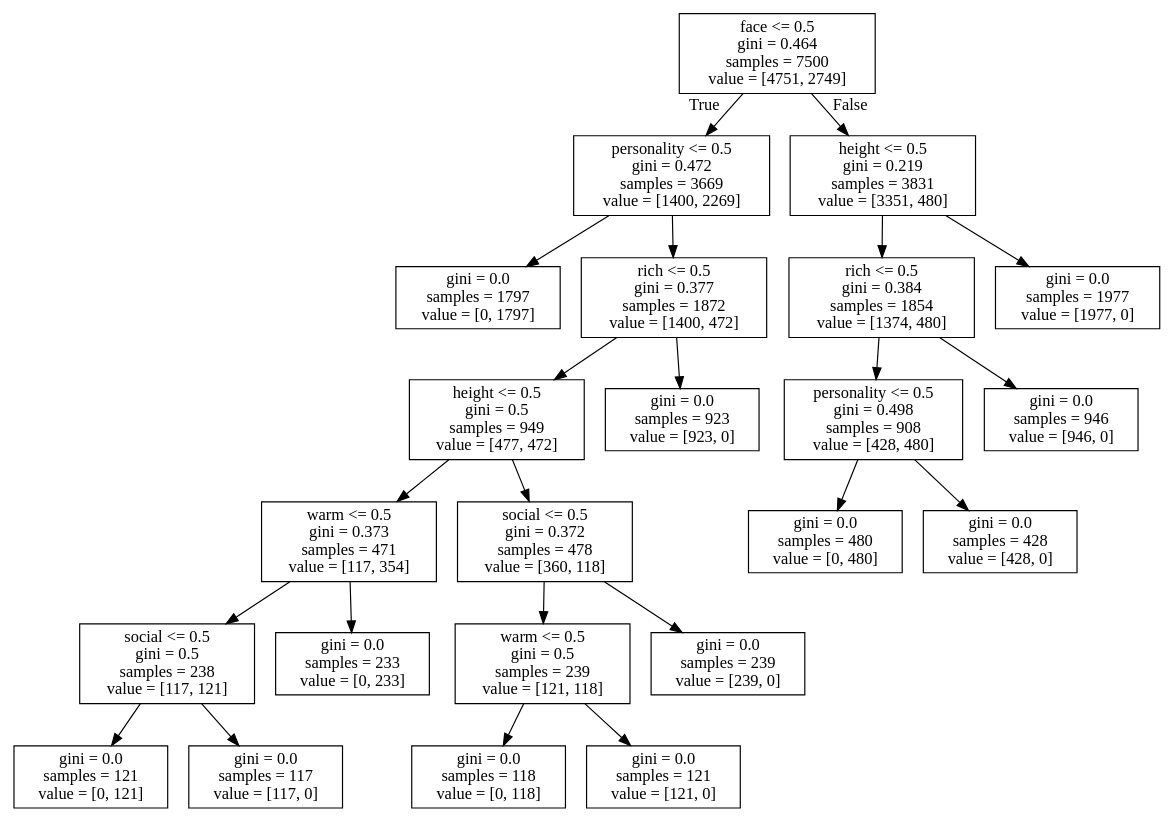
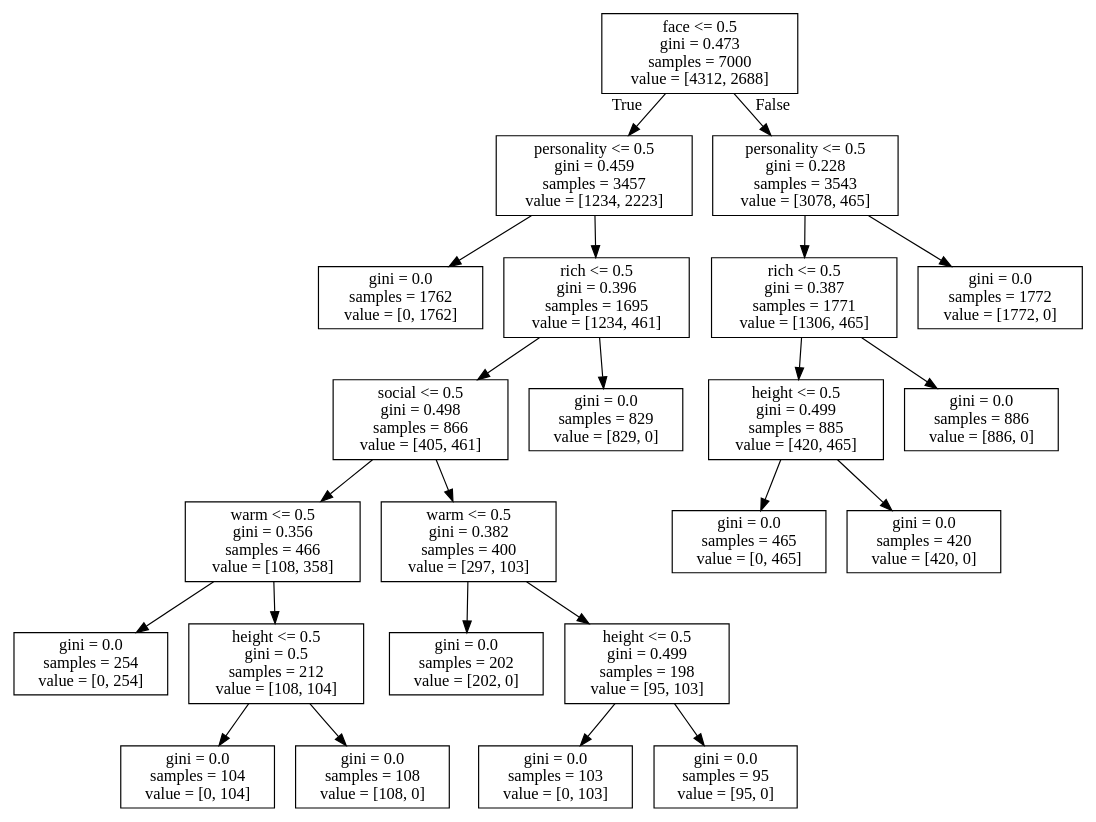
One commit to ElektrischesSchaf/Data_Mining_2019_Projects changed the diagram in Decision_Tree/models/decision_tree_depth6.dot. Above: the diagram before and after it, drawn with Graphviz. The commit also changed 6 other files, not shown here.

```diff
--- a/Decision_Tree/models/decision_tree_depth6.dot
+++ b/Decision_Tree/models/decision_tree_depth6.dot
@@ -1,48 +1,48 @@
 digraph Tree {
 node [shape=box] ;
-0 [label="face <= 0.5\ngini = 0.464\nsamples = 7500\nvalue = [4751, 2749]"] ;
-1 [label="personality <= 0.5\ngini = 0.472\nsamples = 3669\nvalue = [1400, 2269]"] ;
+0 [label="face <= 0.5\ngini = 0.473\nsamples = 7000\nvalue = [4312, 2688]"] ;
+1 [label="personality <= 0.5\ngini = 0.459\nsamples = 3457\nvalue = [1234, 2223]"] ;
 0 -> 1 [labeldistance=2.5, labelangle=45, headlabel="True"] ;
-2 [label="gini = 0.0\nsamples = 1797\nvalue = [0, 1797]"] ;
+2 [label="gini = 0.0\nsamples = 1762\nvalue = [0, 1762]"] ;
 1 -> 2 ;
-3 [label="rich <= 0.5\ngini = 0.377\nsamples = 1872\nvalue = [1400, 472]"] ;
+3 [label="rich <= 0.5\ngini = 0.396\nsamples = 1695\nvalue = [1234, 461]"] ;
 1 -> 3 ;
-4 [label="height <= 0.5\ngini = 0.5\nsamples = 949\nvalue = [477, 472]"] ;
+4 [label="social <= 0.5\ngini = 0.498\nsamples = 866\nvalue = [405, 461]"] ;
 3 -> 4 ;
-5 [label="warm <= 0.5\ngini = 0.373\nsamples = 471\nvalue = [117, 354]"] ;
+5 [label="warm <= 0.5\ngini = 0.356\nsamples = 466\nvalue = [108, 358]"] ;
 4 -> 5 ;
-6 [label="social <= 0.5\ngini = 0.5\nsamples = 238\nvalue = [117, 121]"] ;
+6 [label="gini = 0.0\nsamples = 254\nvalue = [0, 254]"] ;
 5 -> 6 ;
-7 [label="gini = 0.0\nsamples = 121\nvalue = [0, 121]"] ;
-6 -> 7 ;
-8 [label="gini = 0.0\nsamples = 117\nvalue = [117, 0]"] ;
-6 -> 8 ;
-9 [label="gini = 0.0\nsamples = 233\nvalue = [0, 233]"] ;
-5 -> 9 ;
-10 [label="social <= 0.5\ngini = 0.372\nsamples = 478\nvalue = [360, 118]"] ;
+7 [label="height <= 0.5\ngini = 0.5\nsamples = 212\nvalue = [108, 104]"] ;
+5 -> 7 ;
+8 [label="gini = 0.0\nsamples = 104\nvalue = [0, 104]"] ;
+7 -> 8 ;
+9 [label="gini = 0.0\nsamples = 108\nvalue = [108, 0]"] ;
+7 -> 9 ;
+10 [label="warm <= 0.5\ngini = 0.382\nsamples = 400\nvalue = [297, 103]"] ;
 4 -> 10 ;
-11 [label="warm <= 0.5\ngini = 0.5\nsamples = 239\nvalue = [121, 118]"] ;
+11 [label="gini = 0.0\nsamples = 202\nvalue = [202, 0]"] ;
 10 -> 11 ;
-12 [label="gini = 0.0\nsamples = 118\nvalue = [0, 118]"] ;
-11 -> 12 ;
-13 [label="gini = 0.0\nsamples = 121\nvalue = [121, 0]"] ;
-11 -> 13 ;
-14 [label="gini = 0.0\nsamples = 239\nvalue = [239, 0]"] ;
-10 -> 14 ;
-15 [label="gini = 0.0\nsamples = 923\nvalue = [923, 0]"] ;
+12 [label="height <= 0.5\ngini = 0.499\nsamples = 198\nvalue = [95, 103]"] ;
+10 -> 12 ;
+13 [label="gini = 0.0\nsamples = 103\nvalue = [0, 103]"] ;
+12 -> 13 ;
+14 [label="gini = 0.0\nsamples = 95\nvalue = [95, 0]"] ;
+12 -> 14 ;
+15 [label="gini = 0.0\nsamples = 829\nvalue = [829, 0]"] ;
 3 -> 15 ;
-16 [label="height <= 0.5\ngini = 0.219\nsamples = 3831\nvalue = [3351, 480]"] ;
+16 [label="personality <= 0.5\ngini = 0.228\nsamples = 3543\nvalue = [3078, 465]"] ;
 0 -> 16 [labeldistance=2.5, labelangle=-45, headlabel="False"] ;
-17 [label="rich <= 0.5\ngini = 0.384\nsamples = 1854\nvalue = [1374, 480]"] ;
+17 [label="rich <= 0.5\ngini = 0.387\nsamples = 1771\nvalue = [1306, 465]"] ;
 16 -> 17 ;
-18 [label="personality <= 0.5\ngini = 0.498\nsamples = 908\nvalue = [428, 480]"] ;
+18 [label="height <= 0.5\ngini = 0.499\nsamples = 885\nvalue = [420, 465]"] ;
 17 -> 18 ;
-19 [label="gini = 0.0\nsamples = 480\nvalue = [0, 480]"] ;
+19 [label="gini = 0.0\nsamples = 465\nvalue = [0, 465]"] ;
 18 -> 19 ;
-20 [label="gini = 0.0\nsamples = 428\nvalue = [428, 0]"] ;
+20 [label="gini = 0.0\nsamples = 420\nvalue = [420, 0]"] ;
 18 -> 20 ;
-21 [label="gini = 0.0\nsamples = 946\nvalue = [946, 0]"] ;
+21 [label="gini = 0.0\nsamples = 886\nvalue = [886, 0]"] ;
 17 -> 21 ;
-22 [label="gini = 0.0\nsamples = 1977\nvalue = [1977, 0]"] ;
+22 [label="gini = 0.0\nsamples = 1772\nvalue = [1772, 0]"] ;
 16 -> 22 ;
 }
```
